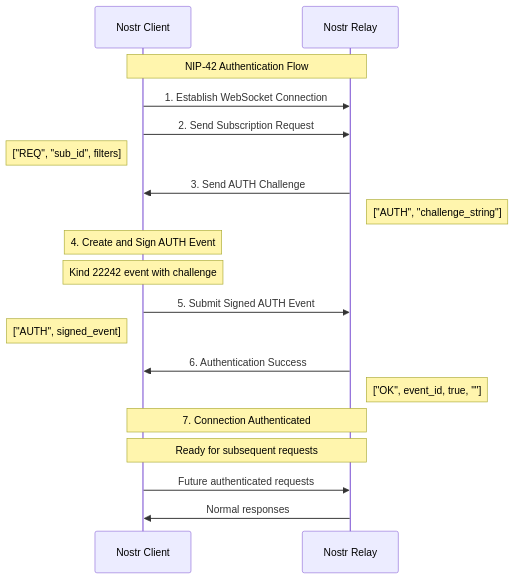
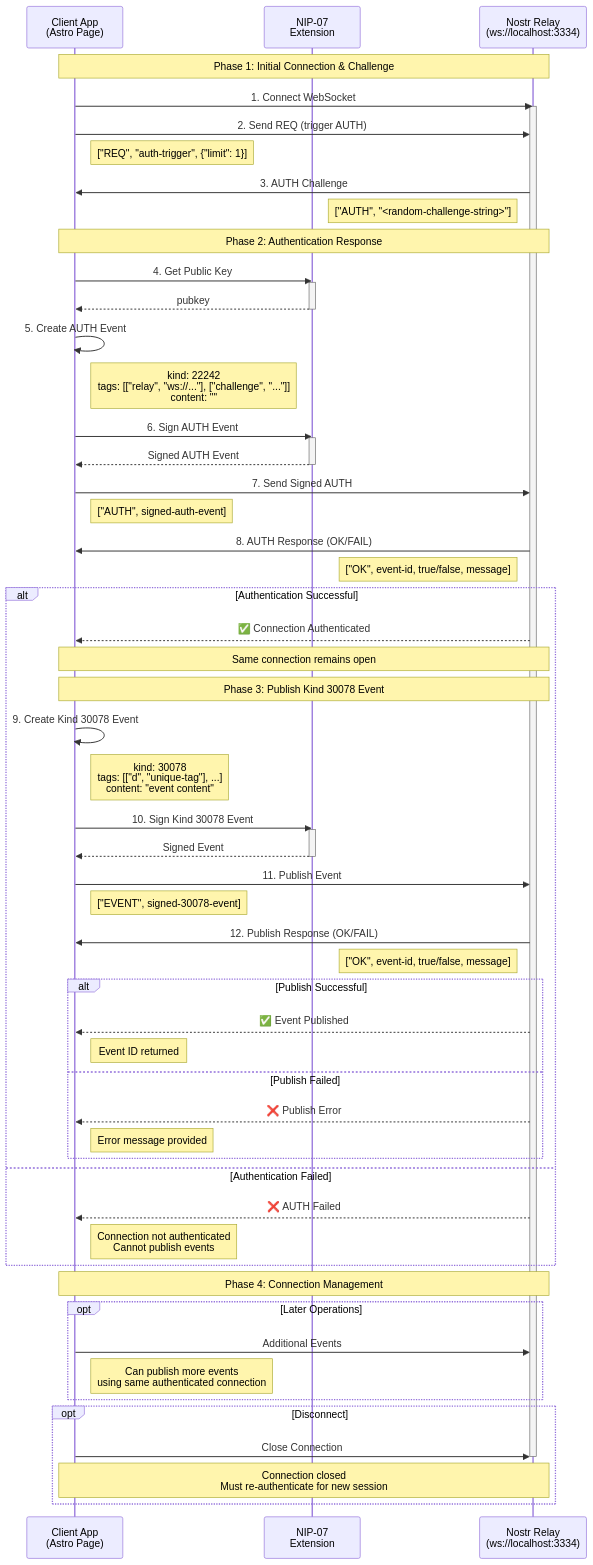
The diagram in README.md (bitkarrot/relay-auth-test), drawn with Mermaid before and after one commit. The commit also changed other lines of this file, not shown here.

````diff
--- a/README.md
+++ b/README.md
@@ -15,30 +7,86 @@
 ```mermaid
 sequenceDiagram
-    participant Client as Nostr Client
-    participant Relay as Nostr Relay
+    participant Client as Client App<br/>(Astro Page)
+    participant Extension as NIP-07<br/>Extension
+    participant Relay as Nostr Relay<br/>(ws://localhost:3334)
     
-    Note over Client, Relay: NIP-42 Authentication Flow
+    Note over Client, Relay: Phase 1: Initial Connection & Challenge
     
-    Client->>Relay: 1. Establish WebSocket Connection
+    Client->>Relay: 1. Connect WebSocket
+    activate Relay
     
-    Client->>Relay: 2. Send Subscription Request
-    Note left of Client: ["REQ", "sub_id", filters]
+    Client->>Relay: 2. Send REQ (trigger AUTH)
+    Note right of Client: ["REQ", "auth-trigger", {"limit": 1}]
     
-    Relay->>Client: 3. Send AUTH Challenge
-    Note right of Relay: ["AUTH", "challenge_string"]
+    Relay->>Client: 3. AUTH Challenge
+    Note left of Relay: ["AUTH", "<random-challenge-string>"]
     
-    Note over Client: 4. Create and Sign AUTH Event
-    Note over Client: Kind 22242 event with challenge
+    Note over Client, Relay: Phase 2: Authentication Response
     
-    Client->>Relay: 5. Submit Signed AUTH Event
-    Note left of Client: ["AUTH", signed_event]
+    Client->>Extension: 4. Get Public Key
+    activate Extension
+    Extension-->>Client: pubkey
+    deactivate Extension
     
-    Relay->>Client: 6. Authentication Success
-    Note right of Relay: ["OK", event_id, true, ""]
+    Client->>Client: 5. Create AUTH Event
+    Note right of Client: kind: 22242<br/>tags: [["relay", "ws://..."], ["challenge", "..."]]<br/>content: ""
     
-    Note over Client, Relay: 7. Connection Authenticated
-    Note over Client, Relay: Ready for subsequent requests
+    Client->>Extension: 6. Sign AUTH Event
+    activate Extension
+    Extension-->>Client: Signed AUTH Event
+    deactivate Extension
     
-    Client->>Relay: Future authenticated requests
-    Relay->>Client: Normal responses
+    Client->>Relay: 7. Send Signed AUTH
+    Note right of Client: ["AUTH", signed-auth-event]
+    
+    Relay->>Client: 8. AUTH Response (OK/FAIL)
+    Note left of Relay: ["OK", event-id, true/false, message]
+    
+    alt Authentication Successful
+        Relay-->>Client: ✅ Connection Authenticated
+        Note over Client, Relay: Same connection remains open
+        
+        Note over Client, Relay: Phase 3: Publish Kind 30078 Event
+        
+        Client->>Client: 9. Create Kind 30078 Event
+        Note right of Client: kind: 30078<br/>tags: [["d", "unique-tag"], ...]<br/>content: "event content"
+        
+        Client->>Extension: 10. Sign Kind 30078 Event
+        activate Extension
+        Extension-->>Client: Signed Event
+        deactivate Extension
+        
+        Client->>Relay: 11. Publish Event
+        Note right of Client: ["EVENT", signed-30078-event]
+        
+        Relay->>Client: 12. Publish Response (OK/FAIL)
+        Note left of Relay: ["OK", event-id, true/false, message]
+        
+        alt Publish Successful
+            Relay-->>Client: ✅ Event Published
+            Note right of Client: Event ID returned
+        else Publish Failed
+            Relay-->>Client: ❌ Publish Error
+            Note right of Client: Error message provided
+        end
+        
+    else Authentication Failed
+        Relay-->>Client: ❌ AUTH Failed
+        Note right of Client: Connection not authenticated<br/>Cannot publish events
+    end
+    
+    Note over Client, Relay: Phase 4: Connection Management
+    
+    opt Later Operations
+        Client->>Relay: Additional Events
+        Note right of Client: Can publish more events<br/>using same authenticated connection
+    end
+    
+    opt Disconnect
+        Client->>Relay: Close Connection
+        deactivate Relay
+        Note over Client, Relay: Connection closed<br/>Must re-authenticate for new session
+    end
+
+
 ```
````
